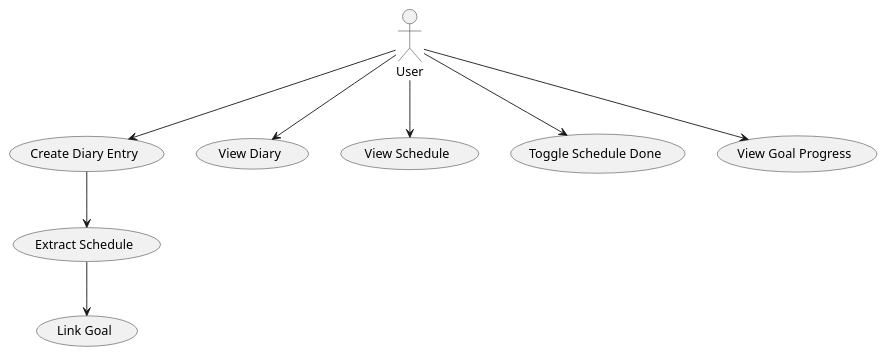
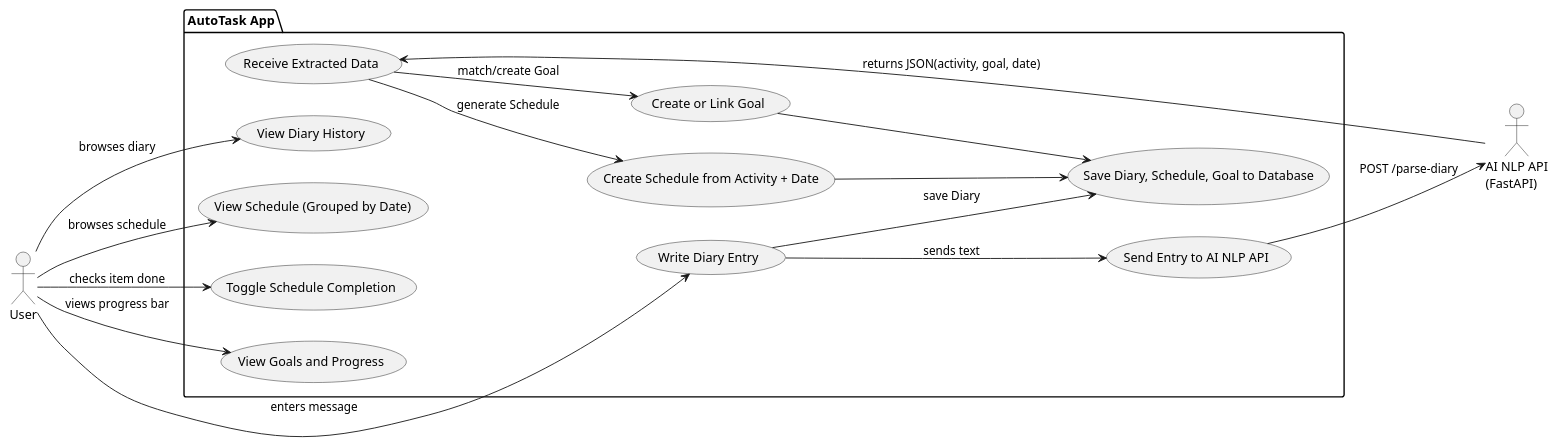
Before and after one commit to FahrezyAli/AutoTask: the diagram in System Design/use_case_diagram.puml, drawn with PlantUML.

Commit message:
update use case diagram

```diff
--- a/System Design/use_case_diagram.puml
+++ b/System Design/use_case_diagram.puml
@@ -1,12 +1,34 @@
 @startuml
+left to right direction
 actor User
+actor "AI NLP API\n(FastAPI)" as AI
 
-User --> (Create Diary Entry)
-(Create Diary Entry) --> (Extract Schedule)
-(Extract Schedule) --> (Link Goal)
-User --> (View Diary)
-User --> (View Schedule)
-User --> (Toggle Schedule Done)
-User --> (View Goal Progress)
+package "AutoTask App" {
+    usecase "Write Diary Entry" as UC1
+    usecase "Send Entry to AI NLP API" as UC2
+    usecase "Receive Extracted Data" as UC3
+    usecase "Create Schedule from Activity + Date" as UC4
+    usecase "Create or Link Goal" as UC5
+    usecase "Save Diary, Schedule, Goal to Database" as UC6
+    usecase "View Diary History" as UC7
+    usecase "View Schedule (Grouped by Date)" as UC8
+    usecase "Toggle Schedule Completion" as UC9
+    usecase "View Goals and Progress" as UC10
+}
+
+User --> UC1 : enters message
+UC1 --> UC2 : sends text
+UC2 --> AI : POST /parse-diary
+AI --> UC3 : returns JSON(activity, goal, date)
+UC3 --> UC4 : generate Schedule
+UC3 --> UC5 : match/create Goal
+UC4 --> UC6
+UC5 --> UC6
+UC1 --> UC6 : save Diary
+
+User --> UC7 : browses diary
+User --> UC8 : browses schedule
+User --> UC9 : checks item done
+User --> UC10 : views progress bar
 
 @enduml
```
